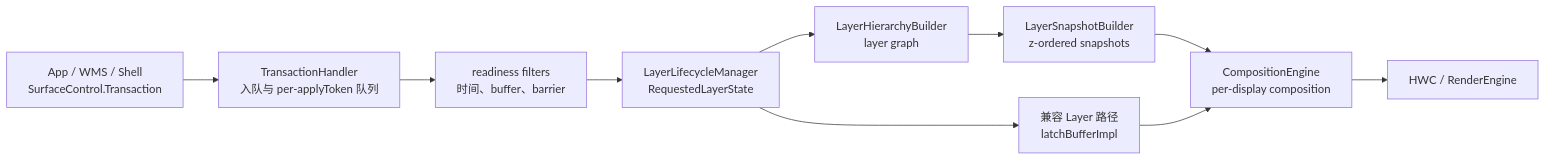
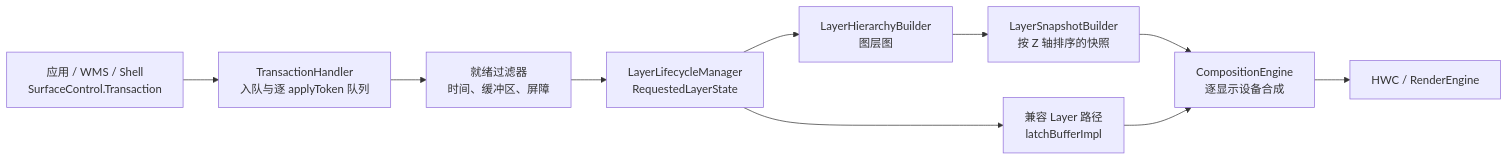
One commit to Gracker/android-internals-wiki changed the diagram in src/part1-fundamentals/ch02-rendering/22-surfaceflinger-frontend-requestedlayerstate.md. Above: the diagram before and after it, drawn with Mermaid. The commit also changed other lines of this file and 4 other files, not shown here.

````diff
--- a/src/part1-fundamentals/ch02-rendering/22-surfaceflinger-frontend-requestedlayerstate.md
+++ b/src/part1-fundamentals/ch02-rendering/22-surfaceflinger-frontend-requestedlayerstate.md
@@ -77,19 +72,19 @@
 ```mermaid
 flowchart LR
-    Client["App / WMS / Shell<br/>SurfaceControl.Transaction"]
-    Queue["TransactionHandler<br/>入队与 per-applyToken 队列"]
-    Ready["readiness filters<br/>时间、buffer、barrier"]
+    Client["应用 / WMS / Shell<br/>SurfaceControl.Transaction"]
+    Queue["TransactionHandler<br/>入队与逐 applyToken 队列"]
+    Ready["就绪过滤器<br/>时间、缓冲区、屏障"]
     State["LayerLifecycleManager<br/>RequestedLayerState"]
-    Graph["LayerHierarchyBuilder<br/>layer graph"]
-    Snapshot["LayerSnapshotBuilder<br/>z-ordered snapshots"]
+    Graph["LayerHierarchyBuilder<br/>图层图"]
+    Snapshot["LayerSnapshotBuilder<br/>按 Z 轴排序的快照"]
     Latch["兼容 Layer 路径<br/>latchBufferImpl"]
-    Compose["CompositionEngine<br/>per-display composition"]
+    Compose["CompositionEngine<br/>逐显示设备合成"]
     HWC["HWC / RenderEngine"]
 
     Client --> Queue --> Ready --> State
     State --> Graph --> Snapshot
     State --> Latch
     Snapshot --> Compose
     Latch --> Compose
     Compose --> HWC
 ```
````
